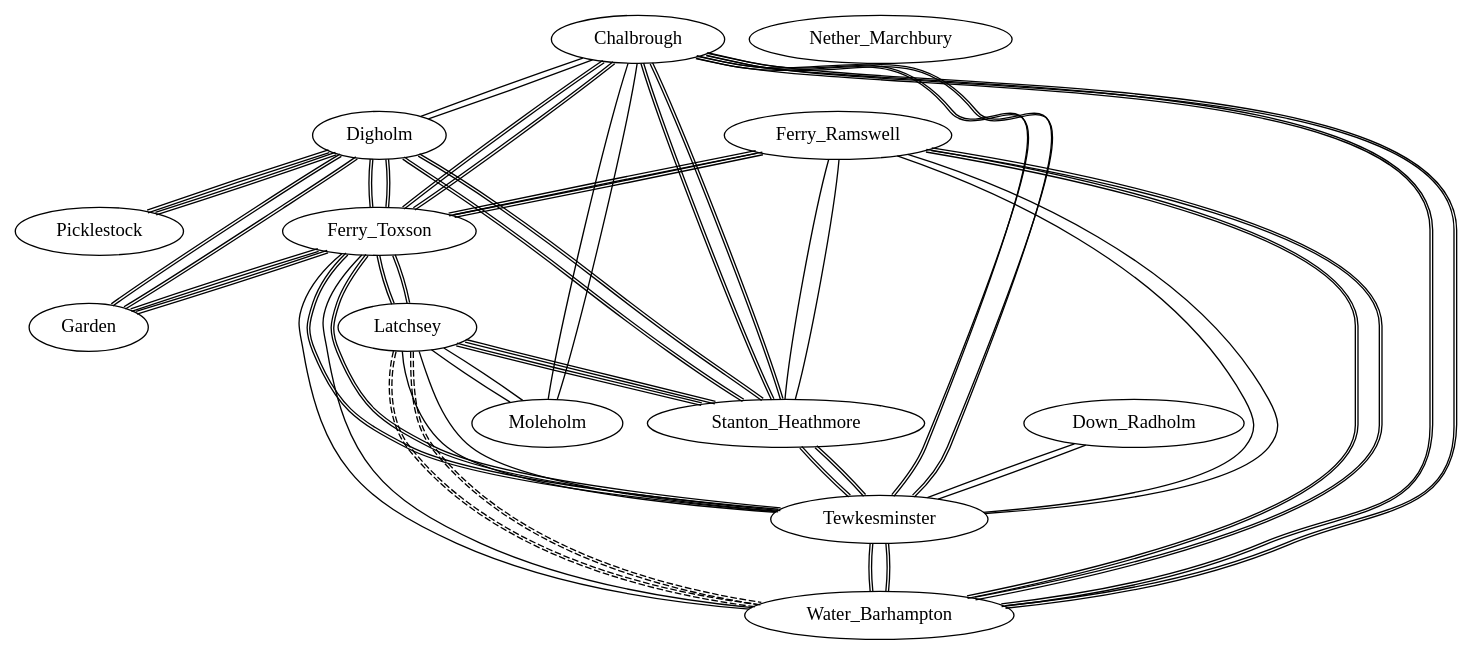
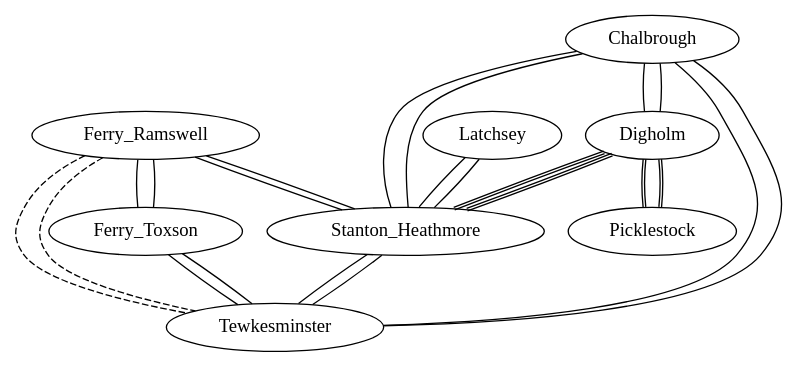
One commit to Bihela/Townsinput changed the diagram in simoutput.dot. Above: the diagram before and after it, drawn with Graphviz. The commit also changed 16 other files, not shown here.

```diff
--- a/simoutput.dot
+++ b/simoutput.dot
@@ -1,65 +1,32 @@
 graph Towns {
     Stanton_Heathmore
     Picklestock
     Digholm
     Ferry_Ramswell
     Latchsey
     Chalbrough
     Tewkesminster
     Ferry_Toxson
-    Moleholm
-    Garden
-    Water_Barhampton
-    Down_Radholm
-    Nether_Marchbury
     Digholm -- Stanton_Heathmore [color="black:black"]
     Ferry_Ramswell -- Stanton_Heathmore 
-    Chalbrough -- Stanton_Heathmore [color="black:black"]
-    Latchsey -- Stanton_Heathmore [color="black:black"]
-    Stanton_Heathmore -- Tewkesminster [color="black:black"]
+    Chalbrough -- Stanton_Heathmore 
+    Latchsey -- Stanton_Heathmore 
+    Stanton_Heathmore -- Tewkesminster 
     Digholm -- Picklestock [color="black:black"]
     Digholm -- Picklestock [color="black:black"]
     Digholm -- Stanton_Heathmore [color="black:black"]
     Chalbrough -- Digholm 
-    Digholm -- Ferry_Toxson [color="black:black"]
-    Digholm -- Garden [color="black:black"]
     Ferry_Ramswell -- Stanton_Heathmore 
-    Ferry_Ramswell -- Ferry_Toxson [color="black:black"]
-    Ferry_Ramswell -- Tewkesminster 
-    Ferry_Ramswell -- Water_Barhampton [color="black:black"]
-    Latchsey -- Stanton_Heathmore [color="black:black"]
-    Latchsey -- Tewkesminster 
-    Latchsey -- Moleholm 
-    Latchsey -- Water_Barhampton [style="dashed",color="black:black"]
-    Ferry_Toxson -- Latchsey [color="black:black"]
-    Chalbrough -- Stanton_Heathmore [color="black:black"]
+    Ferry_Ramswell -- Ferry_Toxson 
+    Ferry_Ramswell -- Tewkesminster [style="dashed"]
+    Latchsey -- Stanton_Heathmore 
+    Chalbrough -- Stanton_Heathmore 
     Chalbrough -- Digholm 
-    Chalbrough -- Tewkesminster [color="black:black"]
-    Chalbrough -- Moleholm 
-    Chalbrough -- Ferry_Toxson [color="black:black"]
-    Chalbrough -- Water_Barhampton [color="black:black"]
-    Stanton_Heathmore -- Tewkesminster [color="black:black"]
-    Chalbrough -- Tewkesminster [color="black:black"]
-    Ferry_Toxson -- Tewkesminster [color="black:black"]
-    Ferry_Ramswell -- Tewkesminster 
-    Latchsey -- Tewkesminster 
-    Tewkesminster -- Water_Barhampton [color="black:black"]
-    Down_Radholm -- Tewkesminster 
-    Ferry_Ramswell -- Ferry_Toxson [color="black:black"]
-    Ferry_Toxson -- Tewkesminster [color="black:black"]
-    Chalbrough -- Ferry_Toxson [color="black:black"]
-    Ferry_Toxson -- Garden [color="black:black"]
-    Ferry_Toxson -- Water_Barhampton 
-    Digholm -- Ferry_Toxson [color="black:black"]
-    Ferry_Toxson -- Latchsey [color="black:black"]
-    Chalbrough -- Moleholm 
-    Latchsey -- Moleholm 
-    Ferry_Toxson -- Garden [color="black:black"]
-    Digholm -- Garden [color="black:black"]
-    Ferry_Ramswell -- Water_Barhampton [color="black:black"]
-    Chalbrough -- Water_Barhampton [color="black:black"]
-    Ferry_Toxson -- Water_Barhampton 
-    Tewkesminster -- Water_Barhampton [color="black:black"]
-    Latchsey -- Water_Barhampton [style="dashed",color="black:black"]
-    Down_Radholm -- Tewkesminster 
+    Chalbrough -- Tewkesminster 
+    Stanton_Heathmore -- Tewkesminster 
+    Chalbrough -- Tewkesminster 
+    Ferry_Toxson -- Tewkesminster 
+    Ferry_Ramswell -- Tewkesminster [style="dashed"]
+    Ferry_Ramswell -- Ferry_Toxson 
+    Ferry_Toxson -- Tewkesminster 
 }
```
